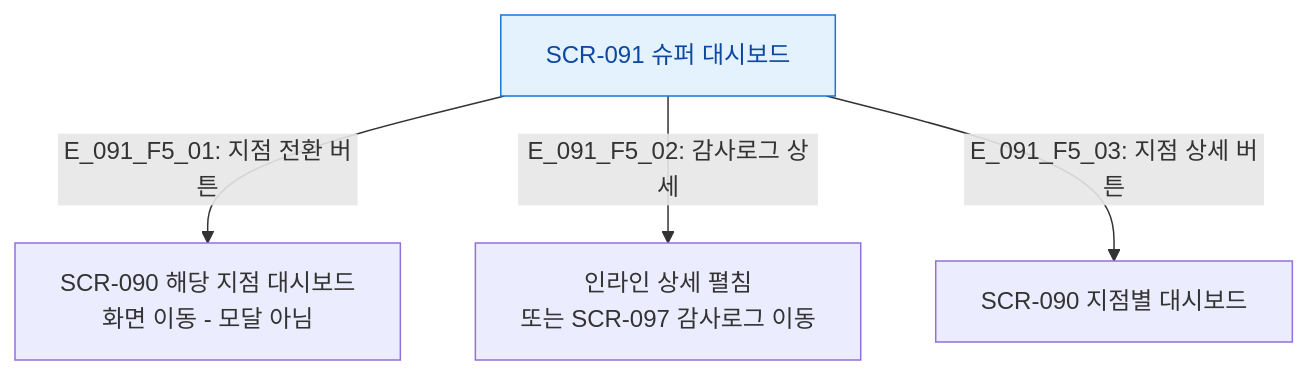
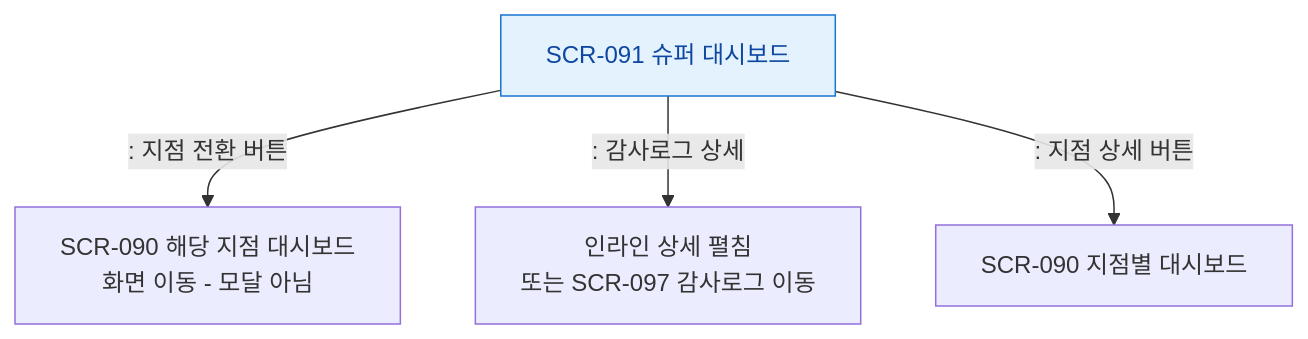
The diagram in docs/다이어그램/D10_본사관리/SCR-091_슈퍼대시보드/F5_모달트리거.md (dev-spogym/admin-pando), drawn with Mermaid before and after one commit. The commit also changed other lines of this file and 1660 other files, not shown here.

First line of the commit message:
다이어그램: 기획자/클라이언트 납품본으로 정리

````diff
--- a/docs/다이어그램/D10_본사관리/SCR-091_슈퍼대시보드/F5_모달트리거.md
+++ b/docs/다이어그램/D10_본사관리/SCR-091_슈퍼대시보드/F5_모달트리거.md
@@ -14,13 +12,13 @@
 ```mermaid
 flowchart TD
   SCR_091[SCR-091 슈퍼 대시보드]
 
-  SCR_091 -->|"E_091_F5_01: 지점 전환 버튼"| NavDash[SCR-090 해당 지점 대시보드\n화면 이동 - 모달 아님]
-  SCR_091 -->|"E_091_F5_02: 감사로그 상세"| AuditInline[인라인 상세 펼침\n또는 SCR-097 감사로그 이동]
-  SCR_091 -->|"E_091_F5_03: 지점 상세 버튼"| NavBranch[SCR-090 지점별 대시보드]
+  SCR_091 -->|": 지점 전환 버튼"|NavDash[SCR-090 해당 지점 대시보드\n화면 이동 - 모달 아님]
+  SCR_091 -->|": 감사로그 상세"|AuditInline[인라인 상세 펼침\n또는 SCR-097 감사로그 이동]
+  SCR_091 -->|": 지점 상세 버튼"|NavBranch[SCR-090 지점별 대시보드]
 
   classDef screen fill:#E3F2FD,stroke:#1976D2,color:#0D47A1
   classDef info fill:#E0F7FA,stroke:#00838F
 
   class SCR_091 screen
 ```
````
